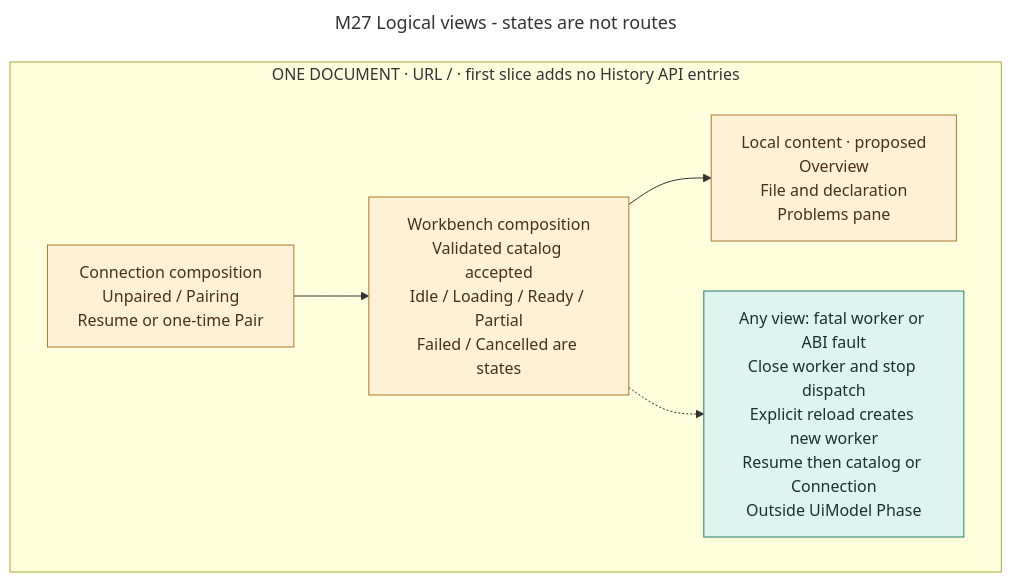
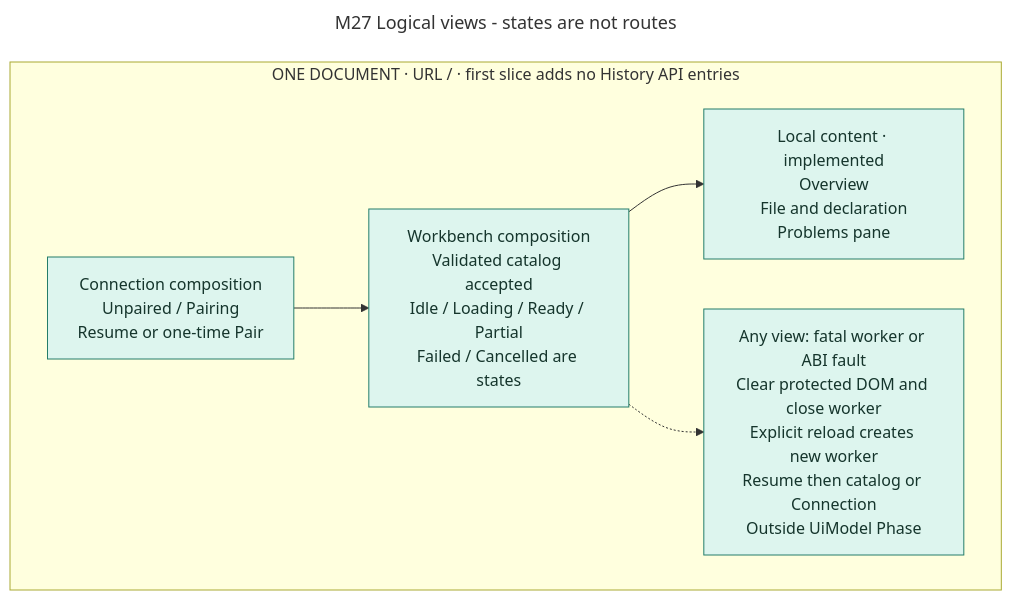
One commit to roachmaster/homelab changed the diagram in docs/architecture/diagrams/mermaid/m27-ui-navigation.mmd. Above: the diagram before and after it, drawn with Mermaid. The commit also changed 45 other files, not shown here.

```diff
--- a/docs/architecture/diagrams/mermaid/m27-ui-navigation.mmd
+++ b/docs/architecture/diagrams/mermaid/m27-ui-navigation.mmd
@@ -1,18 +1,18 @@
 ---
 title: M27 Logical views - states are not routes
 ---
 flowchart LR
   subgraph document["ONE DOCUMENT · URL / · first slice adds no History API entries"]
     direction LR
     C["Connection composition<br/>Unpaired / Pairing<br/>Resume or one-time Pair"]
     W["Workbench composition<br/>Validated catalog accepted<br/>Idle / Loading / Ready / Partial<br/>Failed / Cancelled are states"]
-    V["Local content · proposed<br/>Overview<br/>File and declaration<br/>Problems pane"]
-    R["Any view: fatal worker or ABI fault<br/>Close worker and stop dispatch<br/>Explicit reload creates new worker<br/>Resume then catalog or Connection<br/>Outside UiModel Phase"]
+    V["Local content · implemented<br/>Overview<br/>File and declaration<br/>Problems pane"]
+    R["Any view: fatal worker or ABI fault<br/>Clear protected DOM and close worker<br/>Explicit reload creates new worker<br/>Resume then catalog or Connection<br/>Outside UiModel Phase"]
     C --> W
     W --> V
     W -.-> R
   end
   classDef proposed fill:#fff1d6,stroke:#ae7b26,color:#473216;
   classDef existing fill:#ddf5ee,stroke:#247d6a,color:#15352c;
-  class C,W,V proposed;
+  class C,W,V existing;
   class R existing;
```
